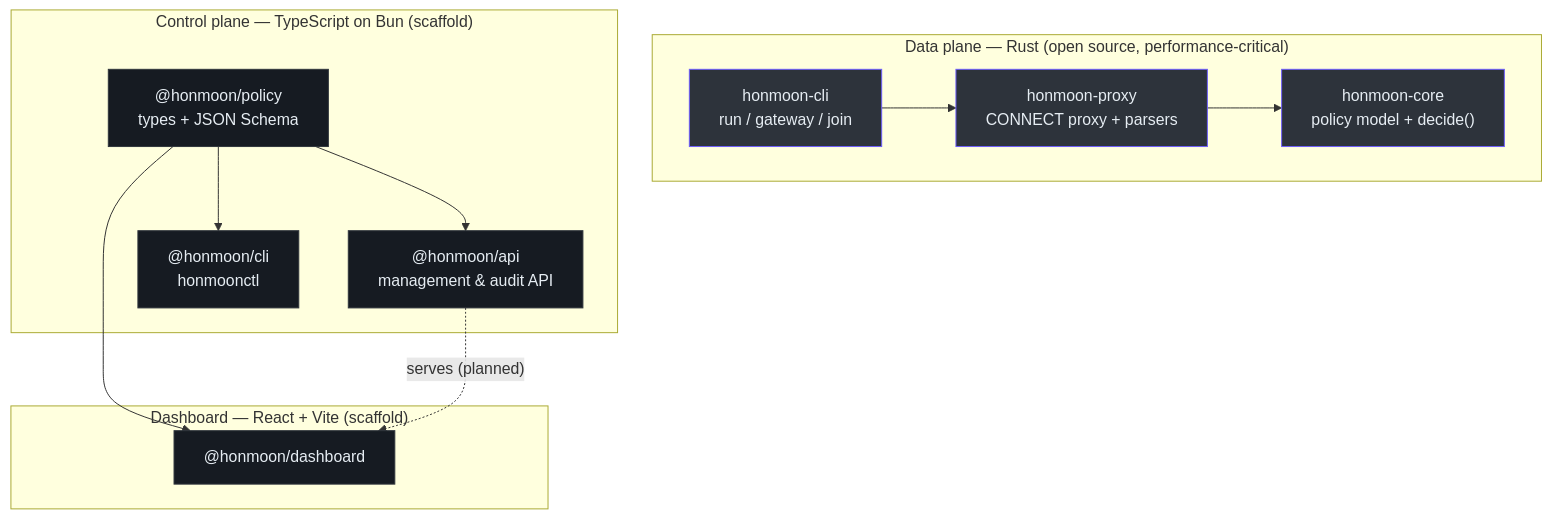
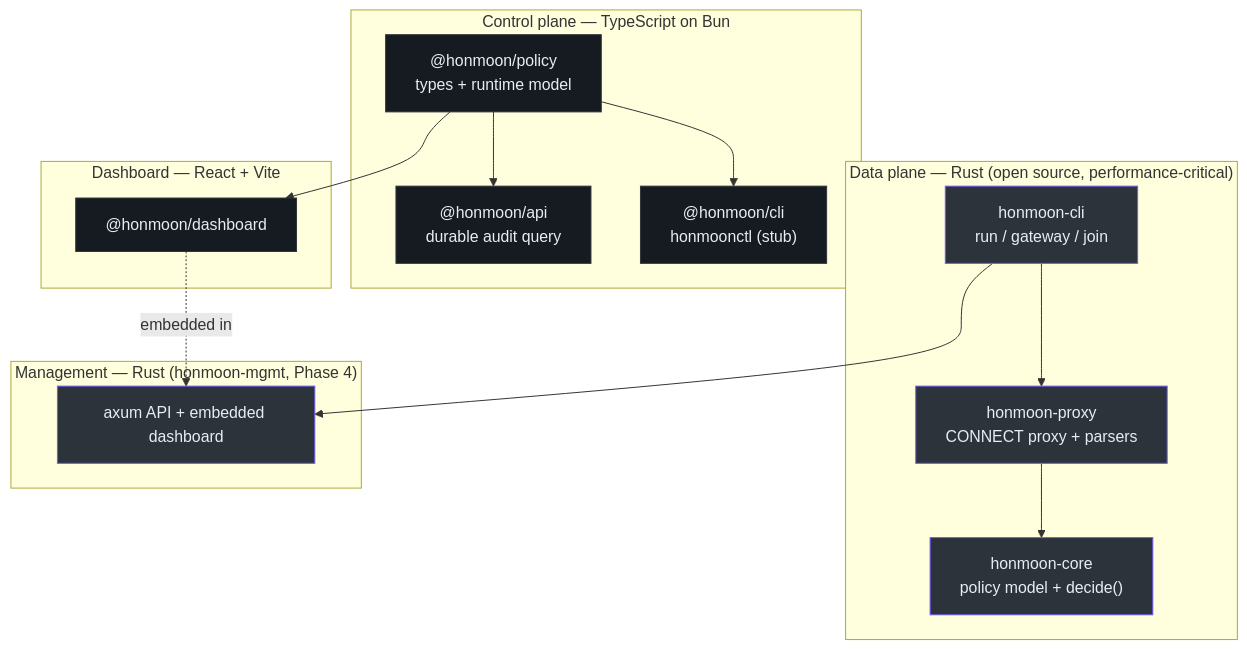
The second of 2 diagrams in wiki/getting-started/overview.md (pleaseai/honmoon), drawn with Mermaid before and after one commit. The commit also changed other lines of this file and 19 other files, not shown here.

Commit message:
docs(wiki): refresh for Phase 4 (pause approval, audit log, dashboard, honmoon-mgmt)

````diff
--- a/wiki/getting-started/overview.md
+++ b/wiki/getting-started/overview.md
@@ -80,29 +80,34 @@
 ```mermaid
 flowchart TB
   subgraph dp["Data plane — Rust (open source, performance-critical)"]
     cli["honmoon-cli<br>run / gateway / join"]
     proxy["honmoon-proxy<br>CONNECT proxy + parsers"]
     corec["honmoon-core<br>policy model + decide()"]
     cli --> proxy --> corec
   end
-  subgraph cp["Control plane — TypeScript on Bun (scaffold)"]
-    pol["@honmoon/policy<br>types + JSON Schema"]
-    api["@honmoon/api<br>management & audit API"]
-    tcli["@honmoon/cli<br>honmoonctl"]
+  subgraph mg["Management — Rust (honmoon-mgmt, Phase 4)"]
+    mgmt["axum API + embedded dashboard"]
   end
-  subgraph ui["Dashboard — React + Vite (scaffold)"]
+  subgraph cp["Control plane — TypeScript on Bun"]
+    pol["@honmoon/policy<br>types + runtime model"]
+    api["@honmoon/api<br>durable audit query"]
+    tcli["@honmoon/cli<br>honmoonctl (stub)"]
+  end
+  subgraph ui["Dashboard — React + Vite"]
     dash["@honmoon/dashboard"]
   end
   pol --> api
   pol --> tcli
   pol --> dash
-  api -. "serves (planned)" .-> dash
+  cli --> mgmt
+  dash -. "embedded in" .-> mgmt
 
   style cli fill:#2d333b,stroke:#6d5dfc,color:#e6edf3
   style proxy fill:#2d333b,stroke:#6d5dfc,color:#e6edf3
   style corec fill:#2d333b,stroke:#6d5dfc,color:#e6edf3
+  style mgmt fill:#2d333b,stroke:#6d5dfc,color:#e6edf3
   style pol fill:#161b22,stroke:#30363d,color:#e6edf3
   style api fill:#161b22,stroke:#30363d,color:#e6edf3
   style tcli fill:#161b22,stroke:#30363d,color:#e6edf3
   style dash fill:#161b22,stroke:#30363d,color:#e6edf3
 ```
````
